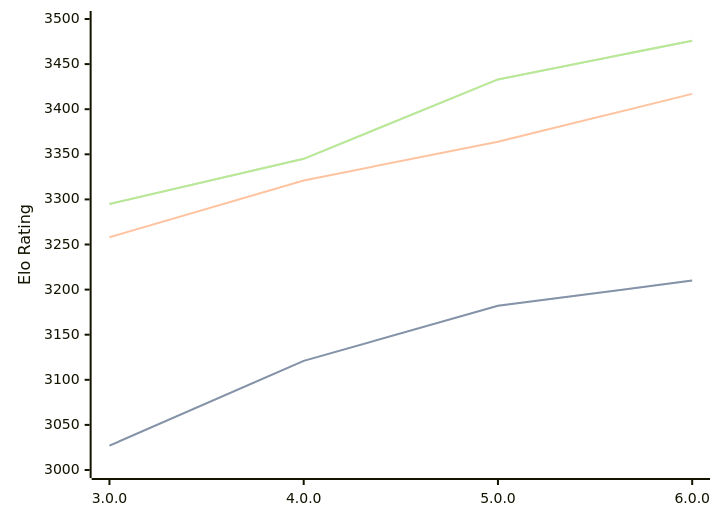
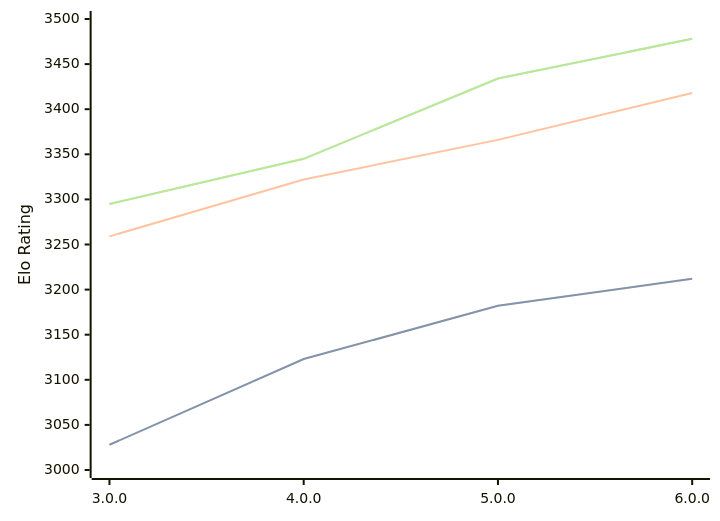
Before and after one commit to computer-chess-index/cci: the diagram in engines/Minke.md, drawn with Mermaid. The commit also changed other lines of this file, not shown here.

Commit message:
Update CCI Ratings (ELO VLTC) - 2026-05-14

````diff
--- a/engines/Minke.md
+++ b/engines/Minke.md
@@ -36,11 +36,11 @@
 ```mermaid
 %%{init: {"theme":"base","themeVariables":{"seriesColors:['#a3a3a3','#222221','#faa371']}}}%%
 xychart-beta
   x-axis ["3.0.0", "4.0.0", "5.0.0", "6.0.0"]
   y-axis "Elo Rating" 3000 --> 3500
-  line "STC (8.0+0.08s)" [3027, 3121, 3182, 3210]
-  line "STC (8.0+0.08s)" [3027, 3121, 3182, 3210]
-  line "LTC (60.0+0.60s)" [3258, 3321, 3364, 3417]
-  line "VLTC (2m24s+1.12s)" [3295, 3345, 3433, 3476]
-  line "VLTC (2m24s+1.12s)" [3295, 3345, 3433, 3476]
+  line "STC (8.0+0.08s)" [3028, 3123, 3182, 3212]
+  line "STC (8.0+0.08s)" [3028, 3123, 3182, 3212]
+  line "LTC (60.0+0.60s)" [3259, 3322, 3366, 3418]
+  line "VLTC (2m24s+1.12s)" [3295, 3345, 3434, 3478]
+  line "VLTC (2m24s+1.12s)" [3295, 3345, 3434, 3478]
 ```
````
